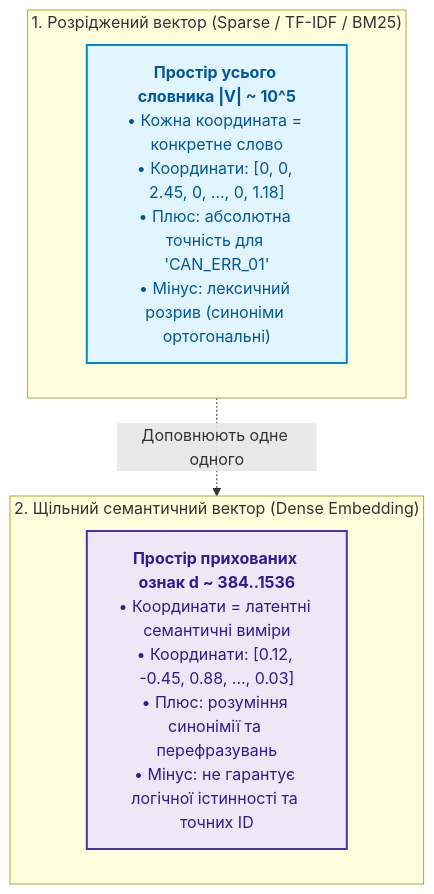
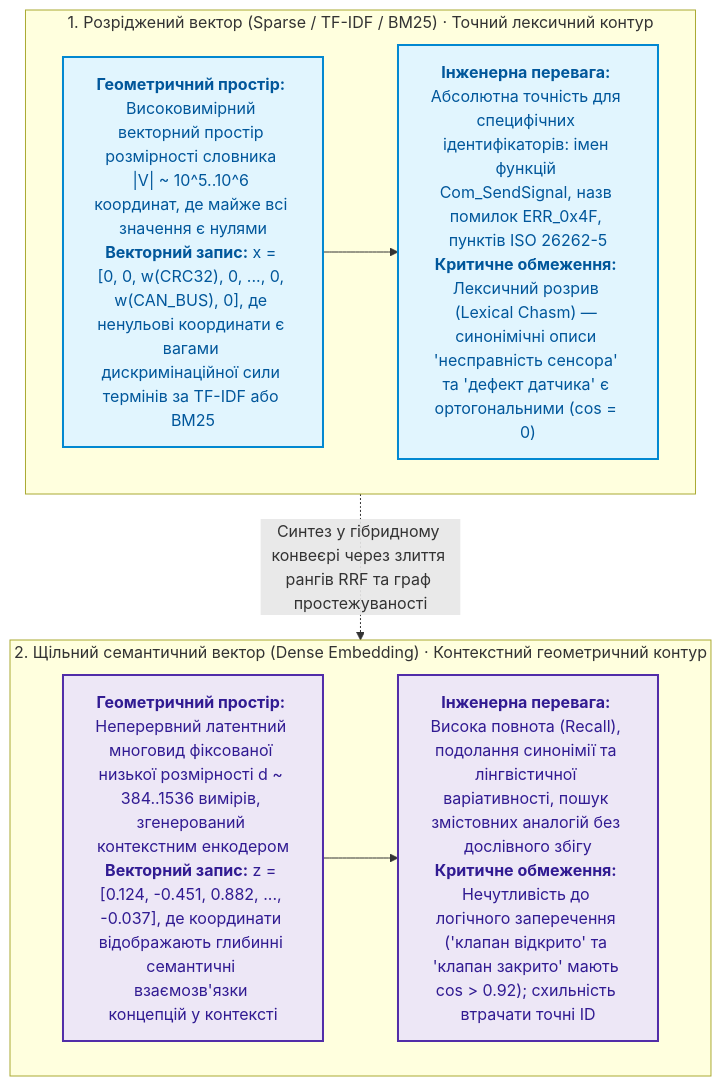
The seventh of 9 diagrams in ExpertSystem/ch04-evolution-from-bayes-to-evidence-ai.md (nick-fedchik/articles), drawn with Mermaid before and after one commit.

Commit message:
docs(ch04): widen sparse and dense vector comparison diagram blocks

````diff
--- a/ExpertSystem/ch04-evolution-from-bayes-to-evidence-ai.md
+++ b/ExpertSystem/ch04-evolution-from-bayes-to-evidence-ai.md
@@ -800,21 +800,25 @@
 ```mermaid
 flowchart TD
     accTitle: Порівняння розріджених лексичних і щільних семантичних векторів
     accDescr: Розріджені вектори кодують точні слова за розмірністю словника, а щільні вектори кодують прихований зміст у просторі фіксованої розмірності.
 
-    subgraph Sparse["1. Розріджений вектор (Sparse / TF-IDF / BM25)"]
-        S_DESC["<b>Простір усього словника |V| ~ 10^5</b><br/>• Кожна координата = конкретне слово<br/>• Координати: [0, 0, 2.45, 0, ..., 0, 1.18]<br/>• Плюс: абсолютна точність для 'CAN_ERR_01'<br/>• Мінус: лексичний розрив (синоніми ортогональні)"]
+    subgraph Sparse["1. Розріджений вектор (Sparse / TF-IDF / BM25) · Точний лексичний контур"]
+        S1["<b>Геометричний простір:</b> Високовимірний векторний простір розмірності словника |V| ~ 10^5..10^6 координат, де майже всі значення є нулями<br/><b>Векторний запис:</b> x = [0, 0, w(CRC32), 0, ..., 0, w(CAN_BUS), 0], де ненульові координати є вагами дискримінаційної сили термінів за TF-IDF або BM25"]
+        S2["<b>Інженерна перевага:</b> Абсолютна точність для специфічних ідентифікаторів: імен функцій Com_SendSignal, назв помилок ERR_0x4F, пунктів ISO 26262-5<br/><b>Критичне обмеження:</b> Лексичний розрив (Lexical Chasm) — синонімічні описи 'несправність сенсора' та 'дефект датчика' є ортогональними (cos = 0)"]
+        S1 --> S2
     end
 
-    subgraph Dense["2. Щільний семантичний вектор (Dense Embedding)"]
-        D_DESC["<b>Простір прихованих ознак d ~ 384..1536</b><br/>• Координати = латентні семантичні виміри<br/>• Координати: [0.12, -0.45, 0.88, ..., 0.03]<br/>• Плюс: розуміння синонімії та перефразувань<br/>• Мінус: не гарантує логічної істинності та точних ID"]
+    subgraph Dense["2. Щільний семантичний вектор (Dense Embedding) · Контекстний геометричний контур"]
+        D1["<b>Геометричний простір:</b> Неперервний латентний многовид фіксованої низької розмірності d ~ 384..1536 вимірів, згенерований контекстним енкодером<br/><b>Векторний запис:</b> z = [0.124, -0.451, 0.882, ..., -0.037], де координати відображають глибинні семантичні взаємозв'язки концепцій у контексті"]
+        D2["<b>Інженерна перевага:</b> Висока повнота (Recall), подолання синонімії та лінгвістичної варіативності, пошук змістовних аналогій без дослівного збігу<br/><b>Критичне обмеження:</b> Нечутливість до логічного заперечення ('клапан відкрито' та 'клапан закрито' мають cos > 0.92); схильність втрачати точні ID"]
+        D1 --> D2
     end
 
-    Sparse -.->|Доповнюють одне одного| Dense
+    Sparse -.->|Синтез у гібридному конвеєрі через злиття рангів RRF та граф простежуваності| Dense
 
     classDef s fill:#e1f5fe,stroke:#0288d1,stroke-width:2px,color:#01579b;
     classDef d fill:#ede7f6,stroke:#512da8,stroke-width:2px,color:#311b92;
 
-    class S_DESC s;
-    class D_DESC d;
+    class S1,S2 s;
+    class D1,D2 d;
 ```
````
